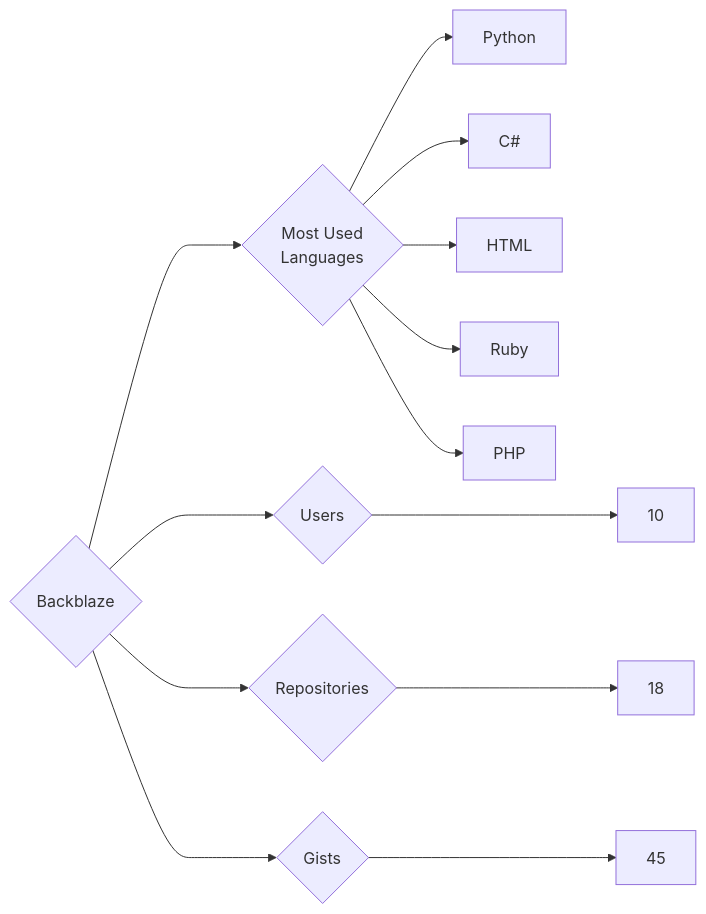
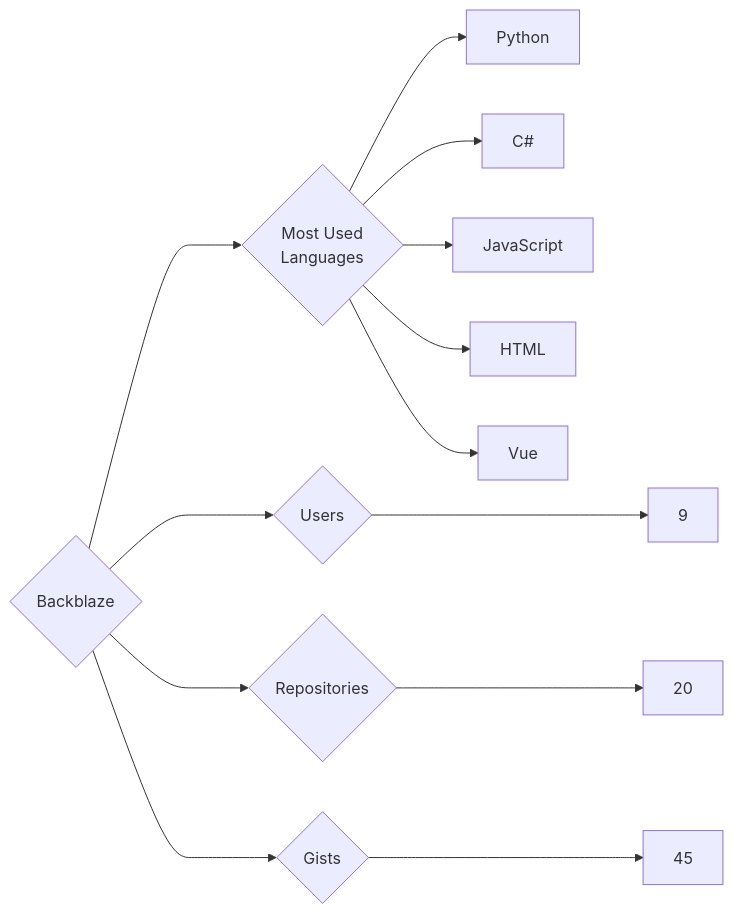
Before and after one commit to trickest/insiders: the diagram in targets/Backblaze/README.md, drawn with Mermaid. The commit also changed 1078 other files, not shown here.

````diff
--- a/targets/Backblaze/README.md
+++ b/targets/Backblaze/README.md
@@ -3,13 +3,13 @@
 ```mermaid
 graph LR
 COMPANY_NAME{Backblaze}
-COMPANY_NAME ---> U{Users} ---> UN[10]
-COMPANY_NAME ---> R{Repositories} ---> RN[18]
+COMPANY_NAME ---> U{Users} ---> UN[9]
+COMPANY_NAME ---> R{Repositories} ---> RN[20]
 COMPANY_NAME ---> G{Gists} ---> GN[45]
 COMPANY_NAME ---> ML{Most Used<br>Languages}
 ML --> Python[Python]
 ML --> C#[C#]
+ML --> JavaScript[JavaScript]
 ML --> HTML[HTML]
-ML --> Ruby[Ruby]
-ML --> PHP[PHP]
+ML --> Vue[Vue]
 ```
````
